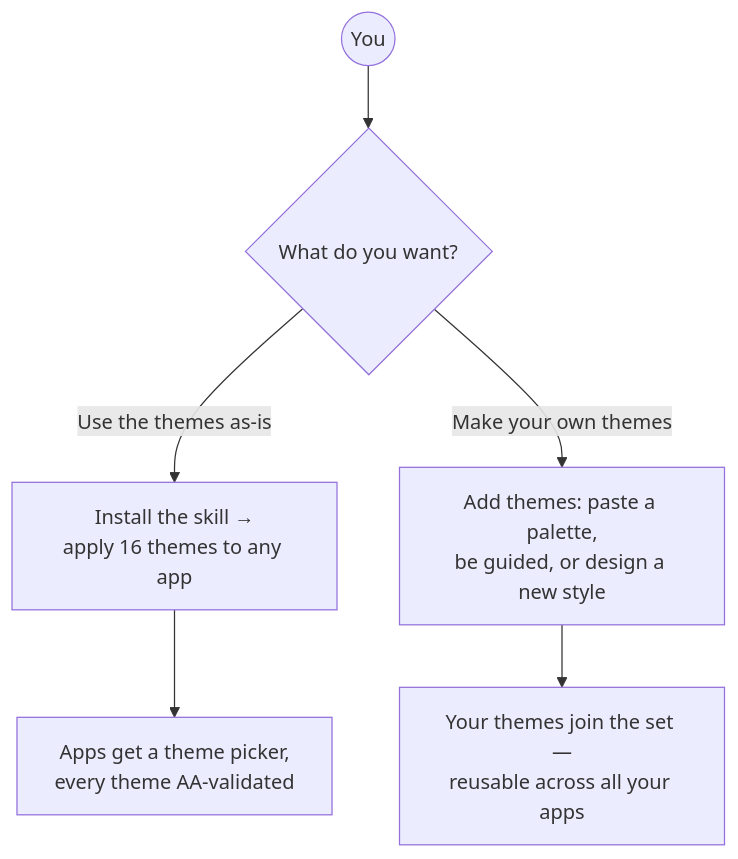
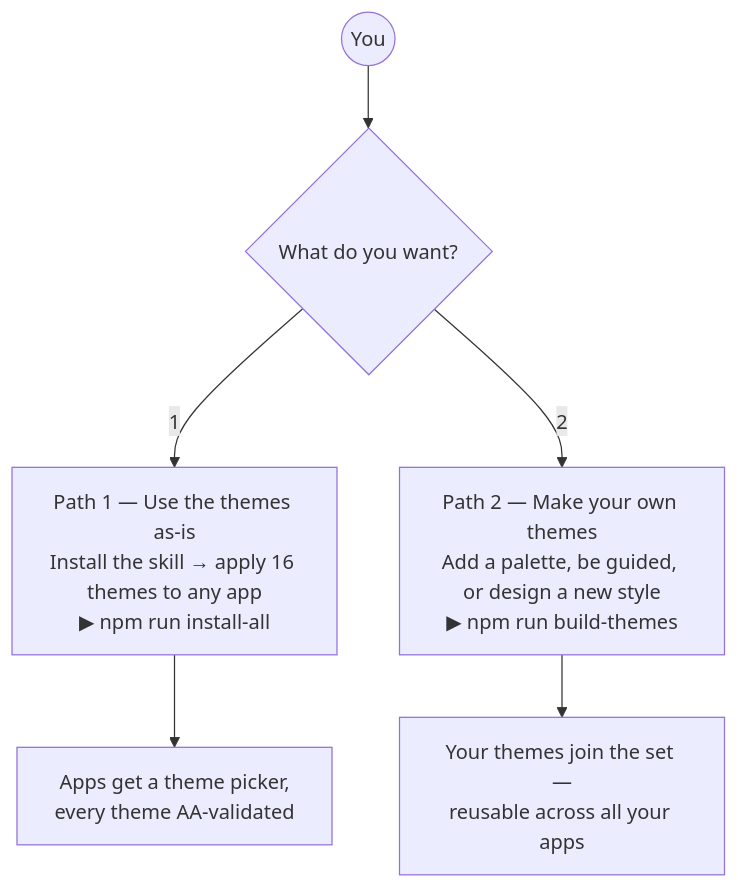
The second of 6 diagrams in docs/OVERVIEW.md (kaseycolian/theme-service), drawn with Mermaid before and after one commit. The commit also changed other lines of this file, not shown here.

Commit message:
Fix OVERVIEW mermaid render + label the two paths with npm scripts
- Workflow A sequence diagram: replace ';' with ',' — a semicolon is a statement
  separator in mermaid and broke the render ("Parse error on line 12").
- "Two ways in" diagram: label the branches 1 / 2 and show the entry npm script under
  each (Path 1 → npm run install-all, Path 2 → npm run build-themes).

````diff
--- a/docs/OVERVIEW.md
+++ b/docs/OVERVIEW.md
@@ -39,8 +39,8 @@
 ```mermaid
 flowchart TD
   U(("You")) --> Q{"What do you want?"}
-  Q -->|"Use the themes as-is"| P1["Install the skill →<br/>apply 16 themes to any app"]
-  Q -->|"Make your own themes"| P2["Add themes: paste a palette,<br/>be guided, or design a new style"]
+  Q -->|"1"| P1["Path 1 — Use the themes as-is<br/>Install the skill → apply 16 themes to any app<br/>▶ npm run install-all"]
+  Q -->|"2"| P2["Path 2 — Make your own themes<br/>Add a palette, be guided, or design a new style<br/>▶ npm run build-themes"]
   P1 --> D1["Apps get a theme picker,<br/>every theme AA-validated"]
   P2 --> D2["Your themes join the set —<br/>reusable across all your apps"]
 ```
````
